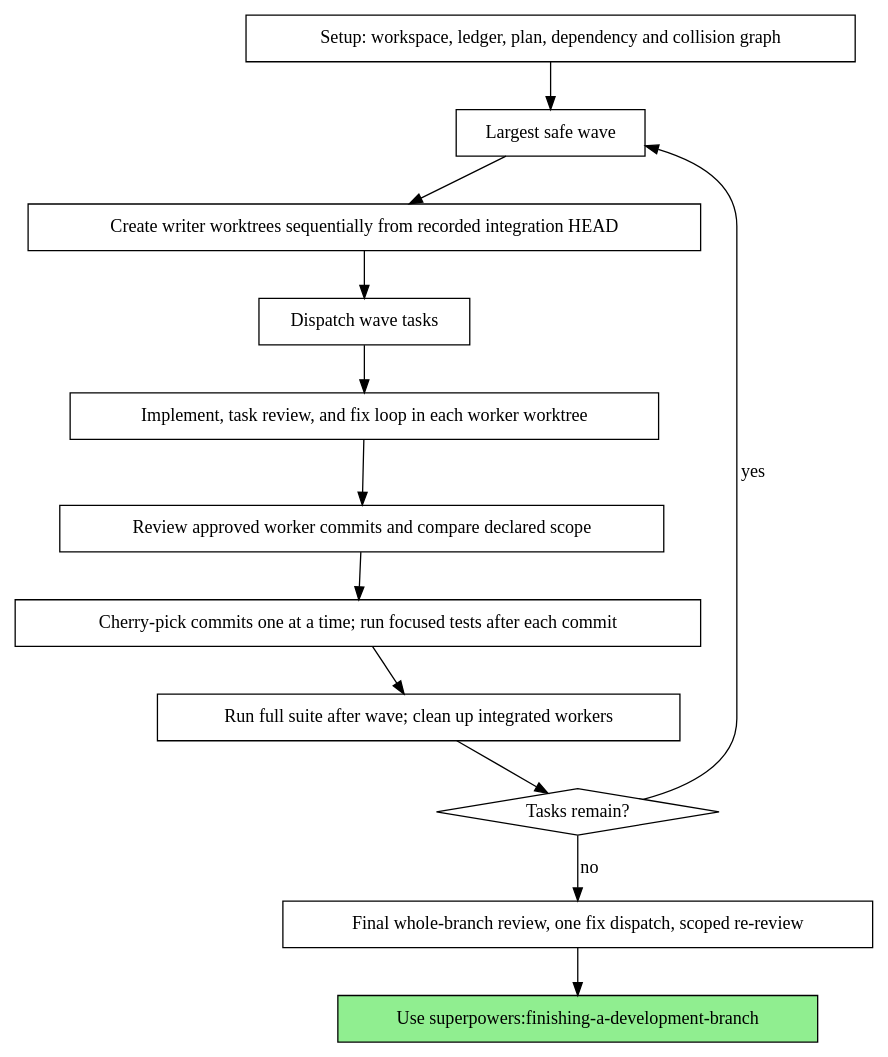
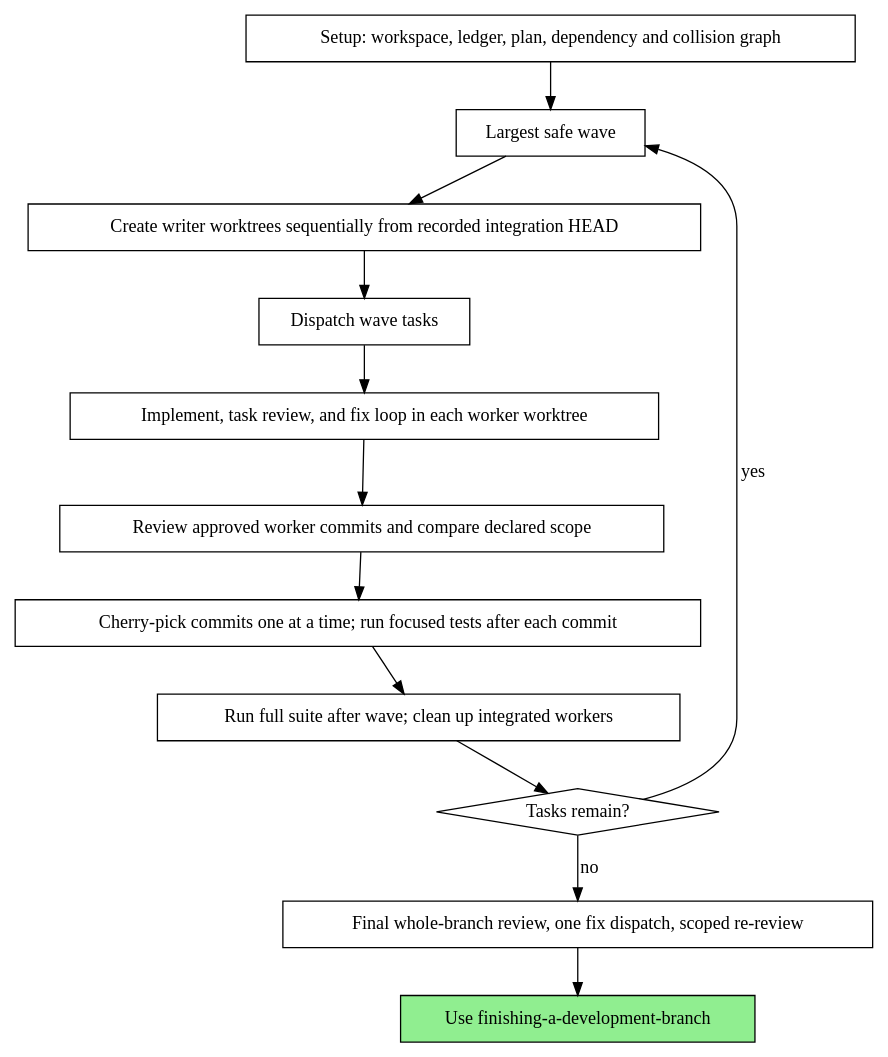
Before and after one commit to miguelalonsojr/agentic-swe-setup: the second of 2 diagrams in skills/subagent-driven-development/SKILL.md, drawn with Graphviz. The commit also changed other lines of this file and 5 other files, not shown here.

````diff
--- a/skills/subagent-driven-development/SKILL.md
+++ b/skills/subagent-driven-development/SKILL.md
@@ -69,28 +69,28 @@
 ```dot
 digraph process {
     rankdir=TB;
     "Setup: workspace, ledger, plan, dependency and collision graph" [shape=box];
     "Largest safe wave" [shape=box];
     "Create writer worktrees sequentially from recorded integration HEAD" [shape=box];
     "Dispatch wave tasks" [shape=box];
     "Implement, task review, and fix loop in each worker worktree" [shape=box];
     "Review approved worker commits and compare declared scope" [shape=box];
     "Cherry-pick commits one at a time; run focused tests after each commit" [shape=box];
     "Run full suite after wave; clean up integrated workers" [shape=box];
     "Tasks remain?" [shape=diamond];
     "Final whole-branch review, one fix dispatch, scoped re-review" [shape=box];
-    "Use superpowers:finishing-a-development-branch" [shape=box style=filled fillcolor=lightgreen];
+    "Use finishing-a-development-branch" [shape=box style=filled fillcolor=lightgreen];
 
     "Setup: workspace, ledger, plan, dependency and collision graph" -> "Largest safe wave";
     "Largest safe wave" -> "Create writer worktrees sequentially from recorded integration HEAD";
     "Create writer worktrees sequentially from recorded integration HEAD" -> "Dispatch wave tasks";
     "Dispatch wave tasks" -> "Implement, task review, and fix loop in each worker worktree";
     "Implement, task review, and fix loop in each worker worktree" -> "Review approved worker commits and compare declared scope";
     "Review approved worker commits and compare declared scope" -> "Cherry-pick commits one at a time; run focused tests after each commit";
     "Cherry-pick commits one at a time; run focused tests after each commit" -> "Run full suite after wave; clean up integrated workers";
     "Run full suite after wave; clean up integrated workers" -> "Tasks remain?";
     "Tasks remain?" -> "Largest safe wave" [label="yes"];
     "Tasks remain?" -> "Final whole-branch review, one fix dispatch, scoped re-review" [label="no"];
-    "Final whole-branch review, one fix dispatch, scoped re-review" -> "Use superpowers:finishing-a-development-branch";
+    "Final whole-branch review, one fix dispatch, scoped re-review" -> "Use finishing-a-development-branch";
 }
 ```
````
